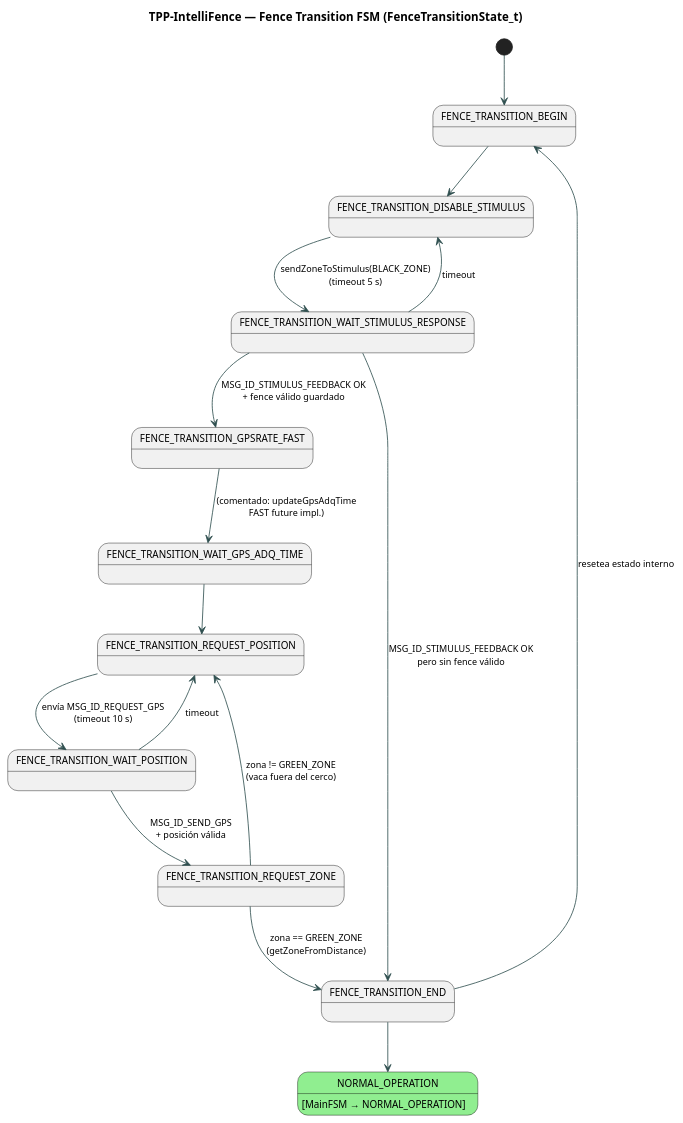
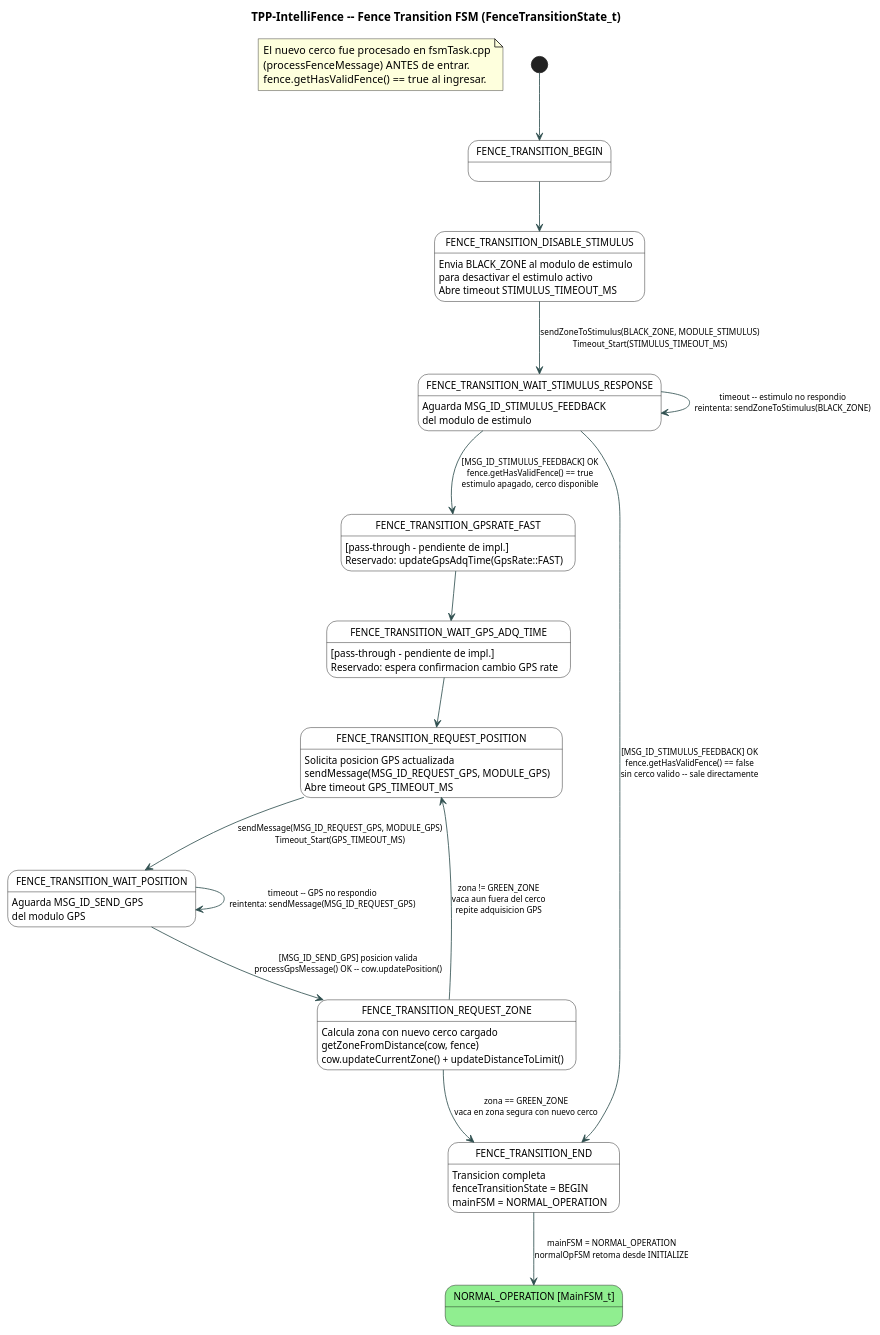
Before and after one commit to AgustinPessina00/TPP-IntelliFence: the diagram in docs/06_uml/fence_transition_fsm.puml, drawn with PlantUML. The commit also changed 3 other files, not shown here.

Commit message:
refactor(UML): standardize titles and improve state descriptions across FSM diagrams

```diff
--- a/docs/06_uml/fence_transition_fsm.puml
+++ b/docs/06_uml/fence_transition_fsm.puml
@@ -1,38 +1,55 @@
 @startuml fence_transition_fsm
-title TPP-IntelliFence — Fence Transition FSM (FenceTransitionState_t)
+title TPP-IntelliFence -- Fence Transition FSM (FenceTransitionState_t)
 
 skinparam state {
-    BorderColor Black
-    FontSize 12
-    ArrowFontSize 11
+    BorderColor     Black
+    FontSize        12
+    ArrowFontSize   10
+    BackgroundColor White
+    MinimumWidth    370
 }
 skinparam ArrowColor DarkSlateGray
 
-[*] --> FENCE_TRANSITION_BEGIN
+note as N_entry
+  El nuevo cerco fue procesado en fsmTask.cpp
+  (processFenceMessage) ANTES de entrar.
+  fence.getHasValidFence() == true al ingresar.
+end note
 
-FENCE_TRANSITION_BEGIN --> FENCE_TRANSITION_DISABLE_STIMULUS
+[*] --> BEGIN
 
-FENCE_TRANSITION_DISABLE_STIMULUS --> FENCE_TRANSITION_WAIT_STIMULUS_RESPONSE : sendZoneToStimulus(BLACK_ZONE)\n(timeout 5 s)
+state "FENCE_TRANSITION_BEGIN" as BEGIN
+state "FENCE_TRANSITION_DISABLE_STIMULUS" as DIS_STIM     : Envia BLACK_ZONE al modulo de estimulo\npara desactivar el estimulo activo\nAbre timeout STIMULUS_TIMEOUT_MS
+state "FENCE_TRANSITION_WAIT_STIMULUS_RESPONSE" as WAIT_STIM : Aguarda MSG_ID_STIMULUS_FEEDBACK\ndel modulo de estimulo
+state "FENCE_TRANSITION_GPSRATE_FAST" as GPS_FAST         : [pass-through - pendiente de impl.]\nReservado: updateGpsAdqTime(GpsRate::FAST)
+state "FENCE_TRANSITION_WAIT_GPS_ADQ_TIME" as WAIT_ADQ    : [pass-through - pendiente de impl.]\nReservado: espera confirmacion cambio GPS rate
+state "FENCE_TRANSITION_REQUEST_POSITION" as REQ_POS      : Solicita posicion GPS actualizada\nsendMessage(MSG_ID_REQUEST_GPS, MODULE_GPS)\nAbre timeout GPS_TIMEOUT_MS
+state "FENCE_TRANSITION_WAIT_POSITION" as WAIT_POS        : Aguarda MSG_ID_SEND_GPS\ndel modulo GPS
+state "FENCE_TRANSITION_REQUEST_ZONE" as REQ_ZONE         : Calcula zona con nuevo cerco cargado\ngetZoneFromDistance(cow, fence)\ncow.updateCurrentZone() + updateDistanceToLimit()
+state "FENCE_TRANSITION_END" as END                       : Transicion completa\nfenceTransitionState = BEGIN\nmainFSM = NORMAL_OPERATION
+state "NORMAL_OPERATION [MainFSM_t]" as NORMAL_OP #LightGreen
 
-FENCE_TRANSITION_WAIT_STIMULUS_RESPONSE --> FENCE_TRANSITION_GPSRATE_FAST         : MSG_ID_STIMULUS_FEEDBACK OK\n+ fence válido guardado
-FENCE_TRANSITION_WAIT_STIMULUS_RESPONSE --> FENCE_TRANSITION_END                   : MSG_ID_STIMULUS_FEEDBACK OK\npero sin fence válido
-FENCE_TRANSITION_WAIT_STIMULUS_RESPONSE --> FENCE_TRANSITION_DISABLE_STIMULUS      : timeout
+BEGIN --> DIS_STIM
 
-FENCE_TRANSITION_GPSRATE_FAST --> FENCE_TRANSITION_WAIT_GPS_ADQ_TIME : (comentado: updateGpsAdqTime\nFAST future impl.)
+DIS_STIM  --> WAIT_STIM : sendZoneToStimulus(BLACK_ZONE, MODULE_STIMULUS)\nTimeout_Start(STIMULUS_TIMEOUT_MS)
+WAIT_STIM --> WAIT_STIM : timeout -- estimulo no respondio\nreintenta: sendZoneToStimulus(BLACK_ZONE)
 
-FENCE_TRANSITION_WAIT_GPS_ADQ_TIME --> FENCE_TRANSITION_REQUEST_POSITION
+WAIT_STIM --> END      : [MSG_ID_STIMULUS_FEEDBACK] OK\nfence.getHasValidFence() == false\nsin cerco valido -- sale directamente
 
-FENCE_TRANSITION_REQUEST_POSITION --> FENCE_TRANSITION_WAIT_POSITION : envía MSG_ID_REQUEST_GPS\n(timeout 10 s)
+WAIT_STIM --> GPS_FAST : [MSG_ID_STIMULUS_FEEDBACK] OK\nfence.getHasValidFence() == true\nestimulo apagado, cerco disponible
 
-FENCE_TRANSITION_WAIT_POSITION --> FENCE_TRANSITION_REQUEST_ZONE    : MSG_ID_SEND_GPS\n+ posición válida
-FENCE_TRANSITION_WAIT_POSITION --> FENCE_TRANSITION_REQUEST_POSITION : timeout
+GPS_FAST  --> WAIT_ADQ
+WAIT_ADQ  --> REQ_POS
 
-FENCE_TRANSITION_REQUEST_ZONE --> FENCE_TRANSITION_END               : zona == GREEN_ZONE\n(getZoneFromDistance)
-FENCE_TRANSITION_REQUEST_ZONE --> FENCE_TRANSITION_REQUEST_POSITION  : zona != GREEN_ZONE\n(vaca fuera del cerco)
+REQ_POS  --> WAIT_POS : sendMessage(MSG_ID_REQUEST_GPS, MODULE_GPS)\nTimeout_Start(GPS_TIMEOUT_MS)
+WAIT_POS --> WAIT_POS : timeout -- GPS no respondio\nreintenta: sendMessage(MSG_ID_REQUEST_GPS)
 
-FENCE_TRANSITION_END --> FENCE_TRANSITION_BEGIN : resetea estado interno
+WAIT_POS --> REQ_ZONE : [MSG_ID_SEND_GPS] posicion valida\nprocessGpsMessage() OK -- cow.updatePosition()
 
-state NORMAL_OPERATION #LightGreen : [MainFSM → NORMAL_OPERATION]
-FENCE_TRANSITION_END --> NORMAL_OPERATION
+REQ_ZONE --> REQ_POS  : zona != GREEN_ZONE\nvaca aun fuera del cerco\nrepite adquisicion GPS
+
+REQ_ZONE --> END      : zona == GREEN_ZONE\nvaca en zona segura con nuevo cerco
+
+END --> NORMAL_OP : mainFSM = NORMAL_OPERATION\nnormalOpFSM retoma desde INITIALIZE
 
 @enduml
```
